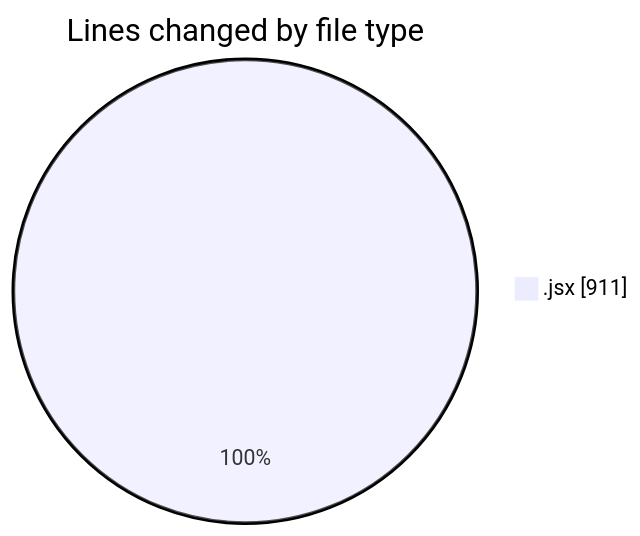
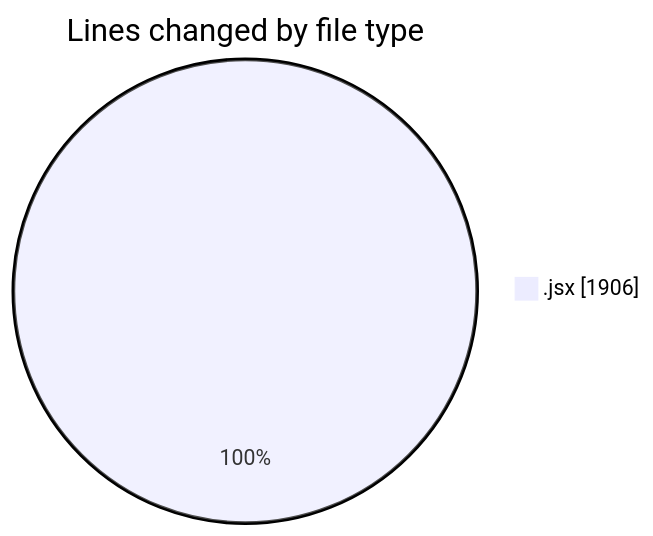
One commit to nxtqubesakshisongat/code-tracking changed the first of 2 diagrams in 2025-10-13/nxtqube_webapp/README.md. Above: the diagram before and after it, drawn with Mermaid. The commit also changed other lines of this file and 1 other file, not shown here.

````diff
--- a/2025-10-13/nxtqube_webapp/README.md
+++ b/2025-10-13/nxtqube_webapp/README.md
@@ -20,5 +21,5 @@
 ```mermaid
 pie showData
 title Lines changed by file type
-".jsx" : 911
+".jsx" : 1906
 ```
````
